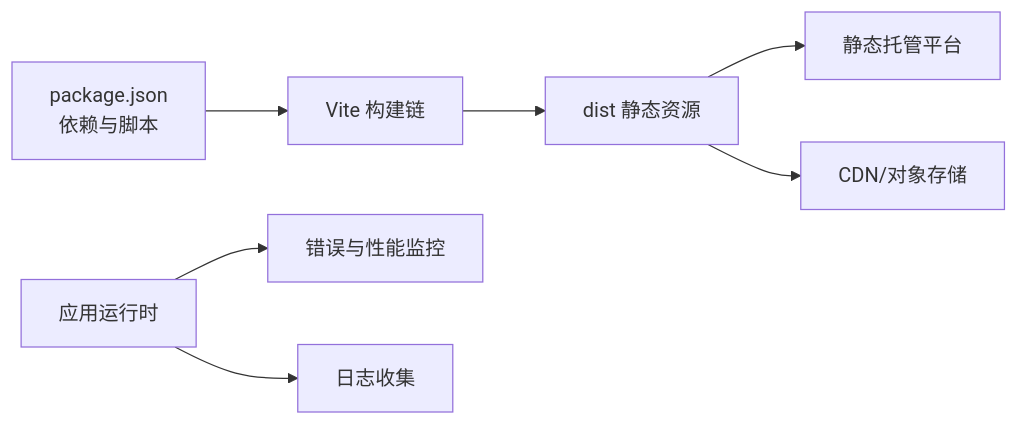
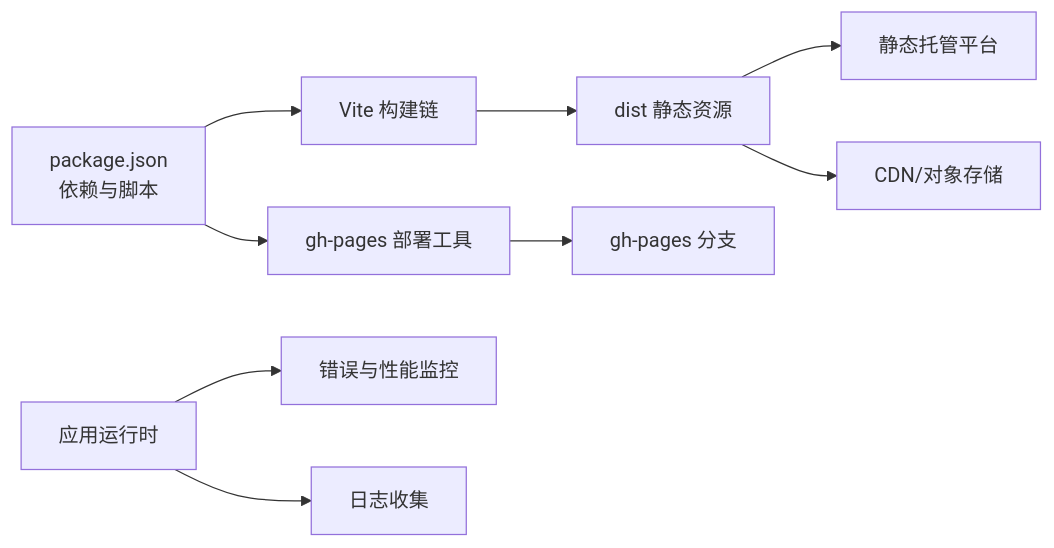
The third of 3 diagrams in .qoder/repowiki/zh/content/部署指南.md (lithos666/lithos666.github.io), drawn with Mermaid before and after one commit. The commit also changed other lines of this file and 26 other files, not shown here.

````diff
--- a/.qoder/repowiki/zh/content/部署指南.md
+++ b/.qoder/repowiki/zh/content/部署指南.md
@@ -265,9 +327,11 @@
 ```mermaid
 graph LR
 Pkg["package.json<br/>依赖与脚本"] --> Vite["Vite 构建链"]
+Pkg --> GHPages["gh-pages 部署工具"]
 Vite --> Dist["dist 静态资源"]
+GHPages --> GHBranch["gh-pages 分支"]
 Dist --> Host["静态托管平台"]
 Dist --> CDN["CDN/对象存储"]
 App["应用运行时"] --> Monitor["错误与性能监控"]
 App --> Logger["日志收集"]
 ```
````
